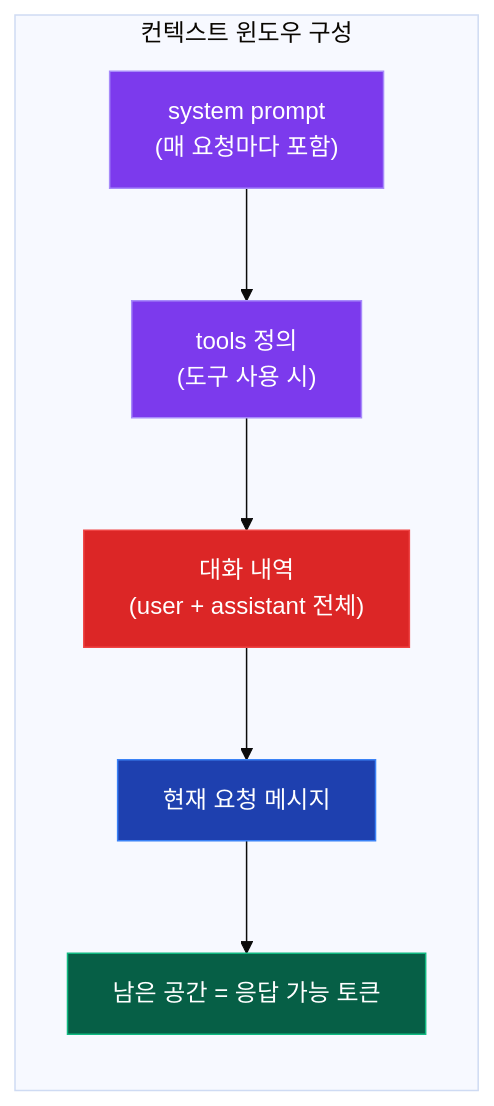
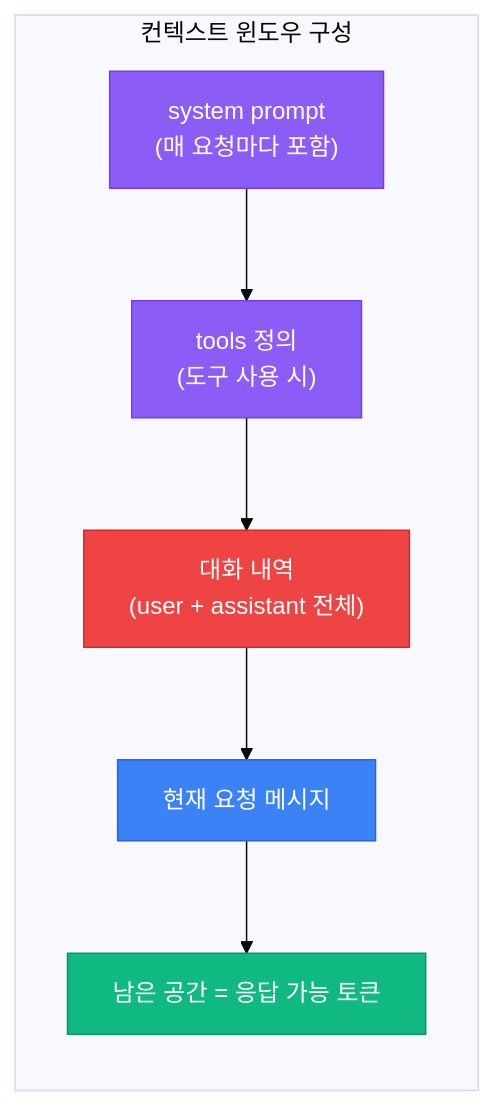
The fifth of 6 diagrams in Develop/AI/Claude/Claude.md (GYUTORY/YGSTUDY), drawn with Mermaid (base theme) before and after one commit. The commit also changed other lines of this file, not shown here.

````diff
--- a/Develop/AI/Claude/Claude.md
+++ b/Develop/AI/Claude/Claude.md
@@ -493,19 +534,19 @@
 ```mermaid
 graph TB
     subgraph 컨텍스트 윈도우 구성
         direction TB
         SYS["system prompt<br/>(매 요청마다 포함)"]
         TOOLS["tools 정의<br/>(도구 사용 시)"]
         HIST["대화 내역<br/>(user + assistant 전체)"]
         NEW["현재 요청 메시지"]
         REMAIN["남은 공간 = 응답 가능 토큰"]
     end
 
     SYS --> TOOLS --> HIST --> NEW --> REMAIN
 
-    style SYS fill:#7c3aed,stroke:#a78bfa,color:#fff
-    style TOOLS fill:#7c3aed,stroke:#a78bfa,color:#fff
-    style HIST fill:#dc2626,stroke:#ef4444,color:#fff
-    style NEW fill:#1e40af,stroke:#3b82f6,color:#fff
-    style REMAIN fill:#065f46,stroke:#10b981,color:#fff
+    style SYS fill:#8b5cf6,stroke:#7c3aed,color:#fff
+    style TOOLS fill:#8b5cf6,stroke:#7c3aed,color:#fff
+    style HIST fill:#ef4444,stroke:#dc2626,color:#fff
+    style NEW fill:#3b82f6,stroke:#2563eb,color:#fff
+    style REMAIN fill:#10b981,stroke:#059669,color:#fff
 ```
````
